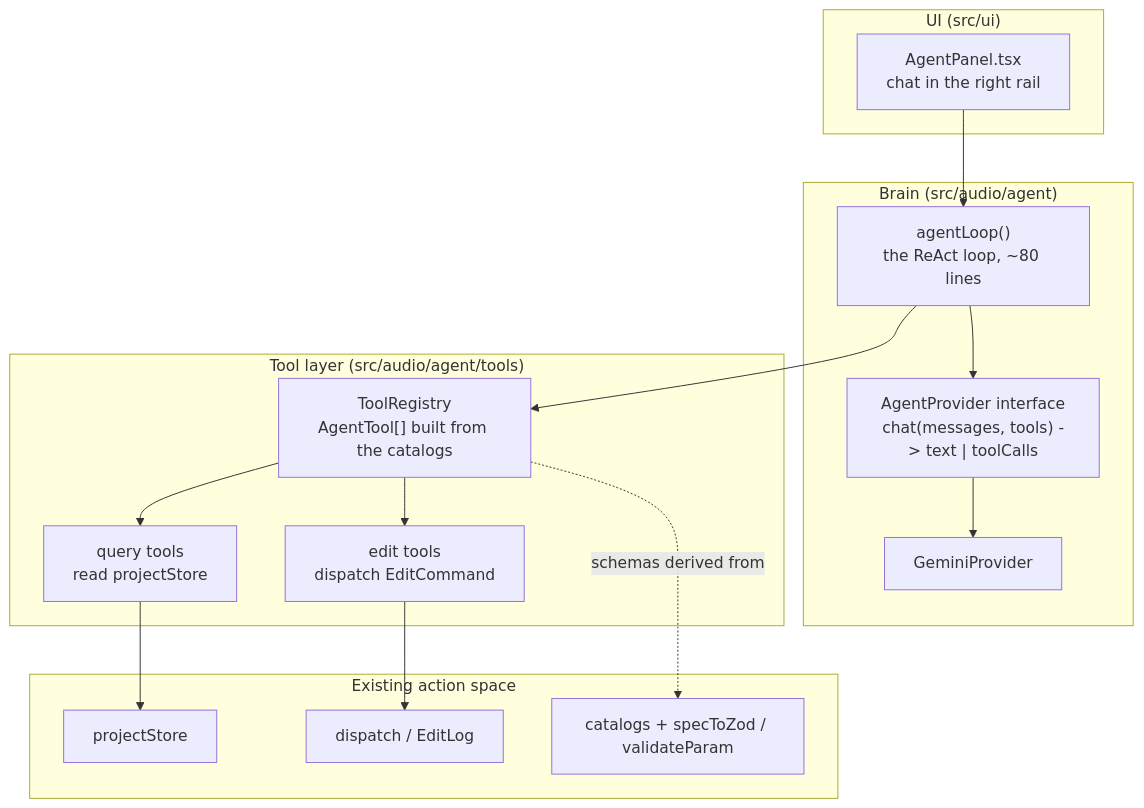
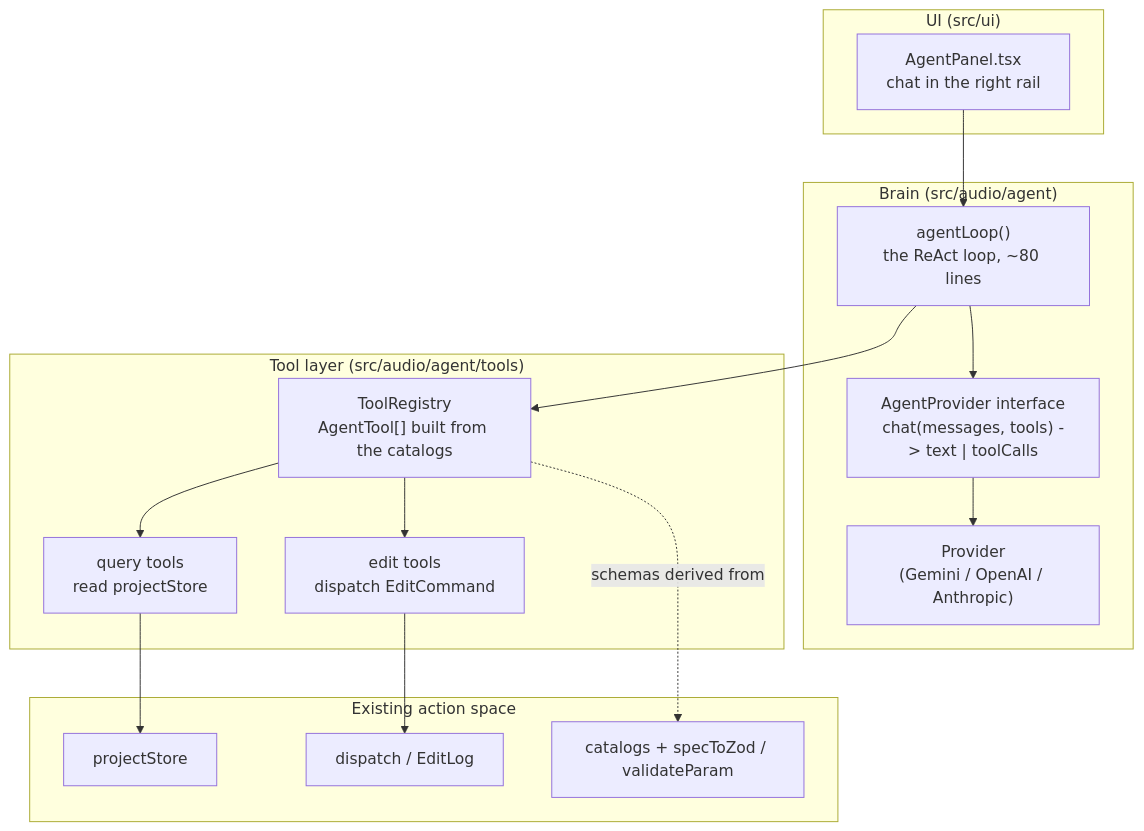
Before and after one commit to alden12/web-daw: the third of 6 diagrams in docs/AGENT.md, drawn with Mermaid. The commit also changed other lines of this file and 12 other files, not shown here.

````diff
--- a/docs/AGENT.md
+++ b/docs/AGENT.md
@@ -121,28 +121,28 @@
 ```mermaid
 flowchart TB
     subgraph ui["UI (src/ui)"]
         PANEL["AgentPanel.tsx<br/>chat in the right rail"]
     end
     subgraph brain["Brain (src/audio/agent)"]
         LOOP["agentLoop()<br/>the ReAct loop, ~80 lines"]
         PROV["AgentProvider interface<br/>chat(messages, tools) -> text | toolCalls"]
-        GEM["GeminiProvider"]
+        GEM["Provider<br/>(Gemini / OpenAI / Anthropic)"]
     end
     subgraph toollayer["Tool layer (src/audio/agent/tools)"]
         REG["ToolRegistry<br/>AgentTool[] built from the catalogs"]
         QUERY["query tools<br/>read projectStore"]
         EDIT["edit tools<br/>dispatch EditCommand"]
     end
     subgraph existing["Existing action space"]
         PS["projectStore"]
         DISP["dispatch / EditLog"]
         CAT["catalogs + specToZod / validateParam"]
     end
 
     PANEL --> LOOP
     LOOP --> PROV --> GEM
     LOOP --> REG
     REG --> QUERY --> PS
     REG --> EDIT --> DISP
     REG -. "schemas derived from" .-> CAT
 ```
````
